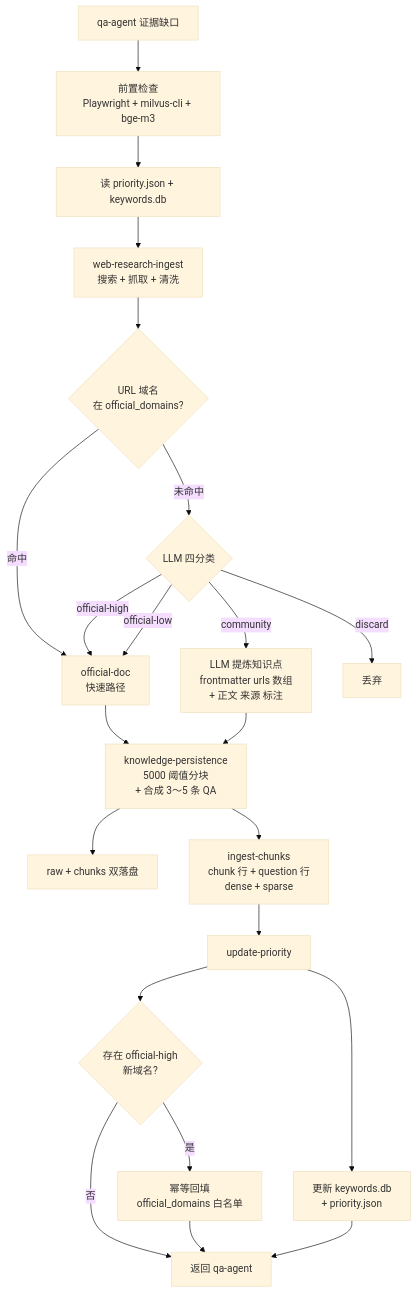
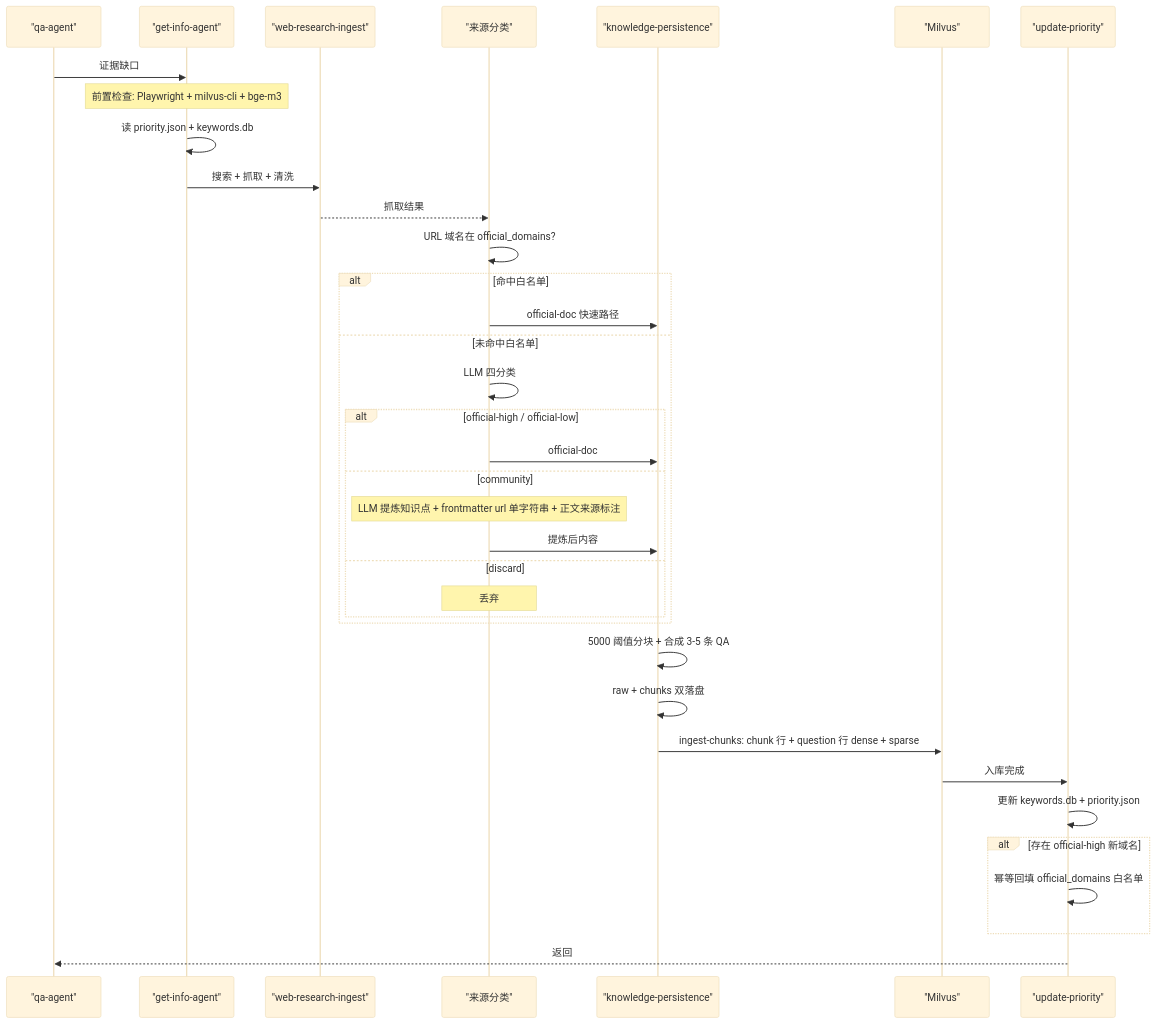
One commit to mengsi16/mengsi16-knowlege-base changed the third of 3 diagrams in README.md. Above: the diagram before and after it, drawn with Mermaid (base theme). The commit also changed other lines of this file and 19 other files, not shown here.

````diff
--- a/README.md
+++ b/README.md
@@ -167,24 +219,39 @@
 ```mermaid
-flowchart TD
-    GAP[qa-agent 证据缺口] --> PRE[前置检查<br/>Playwright + milvus-cli + bge-m3]
-    PRE --> READ[读 priority.json + keywords.db]
-    READ --> WRI[web-research-ingest<br/>搜索 + 抓取 + 清洗]
-    WRI --> WL{URL 域名<br/>在 official_domains?}
-    WL -->|命中| OD[official-doc<br/>快速路径]
-    WL -->|未命中| LLM{LLM 四分类}
-    LLM -->|official-high| OD
-    LLM -->|official-low| OD
-    LLM -->|community| EX[LLM 提炼知识点<br/>frontmatter urls 数组<br/>+ 正文 来源 标注]
-    LLM -->|discard| X[丢弃]
-    OD --> KP[knowledge-persistence<br/>5000 阈值分块<br/>+ 合成 3〜5 条 QA]
-    EX --> KP
-    KP --> DUAL[raw + chunks 双落盘]
-    KP --> ING[ingest-chunks<br/>chunk 行 + question 行<br/>dense + sparse]
-    ING --> UP[update-priority]
-    UP --> KDB[更新 keywords.db<br/>+ priority.json]
-    UP --> DOM{存在 official-high<br/>新域名?}
-    DOM -->|是| WB[幂等回填<br/>official_domains 白名单]
-    DOM -->|否| DONE[返回 qa-agent]
-    WB --> DONE
-    KDB --> DONE
+sequenceDiagram
+    participant QA as "qa-agent"
+    participant GI as "get-info-agent"
+    participant WRI as "web-research-ingest"
+    participant CLS as "来源分类"
+    participant KP as "knowledge-persistence"
+    participant MV as "Milvus"
+    participant UP as "update-priority"
+
+    QA->>GI: 证据缺口
+    Note over GI: 前置检查: Playwright + milvus-cli + bge-m3
+    GI->>GI: 读 priority.json + keywords.db
+    GI->>WRI: 搜索 + 抓取 + 清洗
+    WRI-->>CLS: 抓取结果
+    CLS->>CLS: URL 域名在 official_domains?
+    alt 命中白名单
+        CLS->>KP: official-doc 快速路径
+    else 未命中白名单
+        CLS->>CLS: LLM 四分类
+        alt official-high / official-low
+            CLS->>KP: official-doc
+        else community
+            Note over CLS: LLM 提炼知识点 + frontmatter url 单字符串 + 正文来源标注
+            CLS->>KP: 提炼后内容
+        else discard
+            Note over CLS: 丢弃
+        end
+    end
+    KP->>KP: 5000 阈值分块 + 合成 3-5 条 QA
+    KP->>KP: raw + chunks 双落盘
+    KP->>MV: ingest-chunks: chunk 行 + question 行 dense + sparse
+    MV->>UP: 入库完成
+    UP->>UP: 更新 keywords.db + priority.json
+    alt 存在 official-high 新域名
+        UP->>UP: 幂等回填 official_domains 白名单
+    end
+    UP-->>QA: 返回
 ```
````
